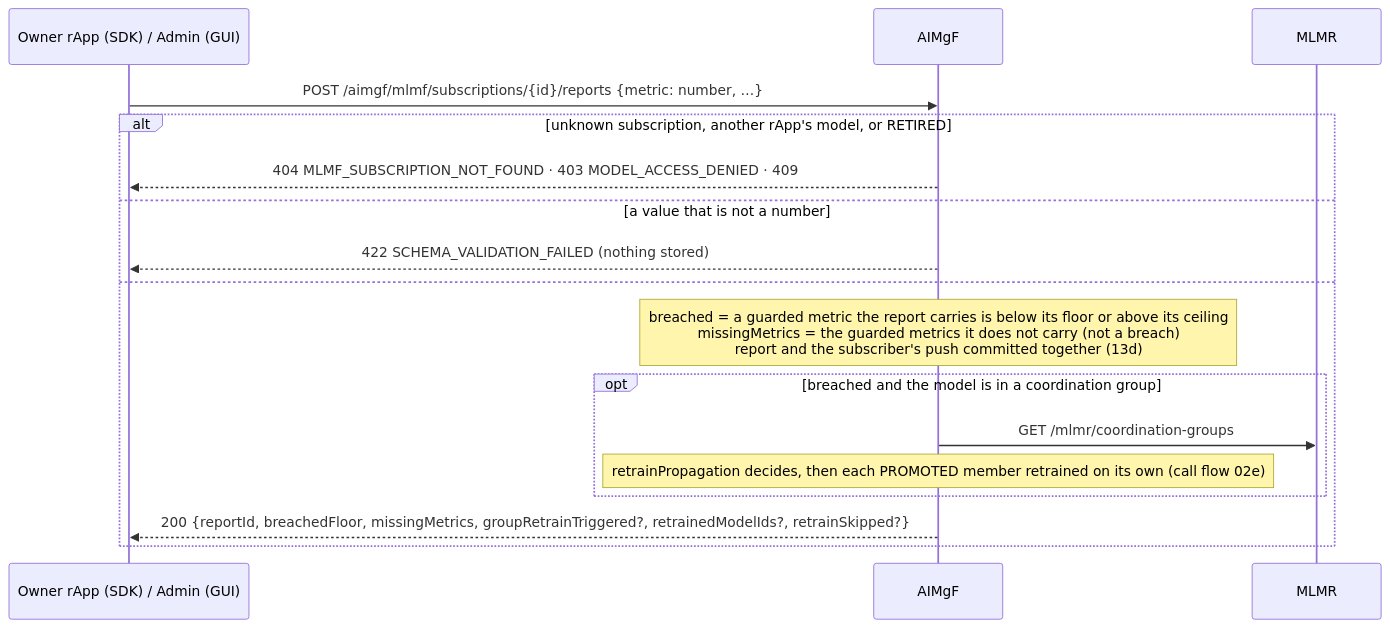
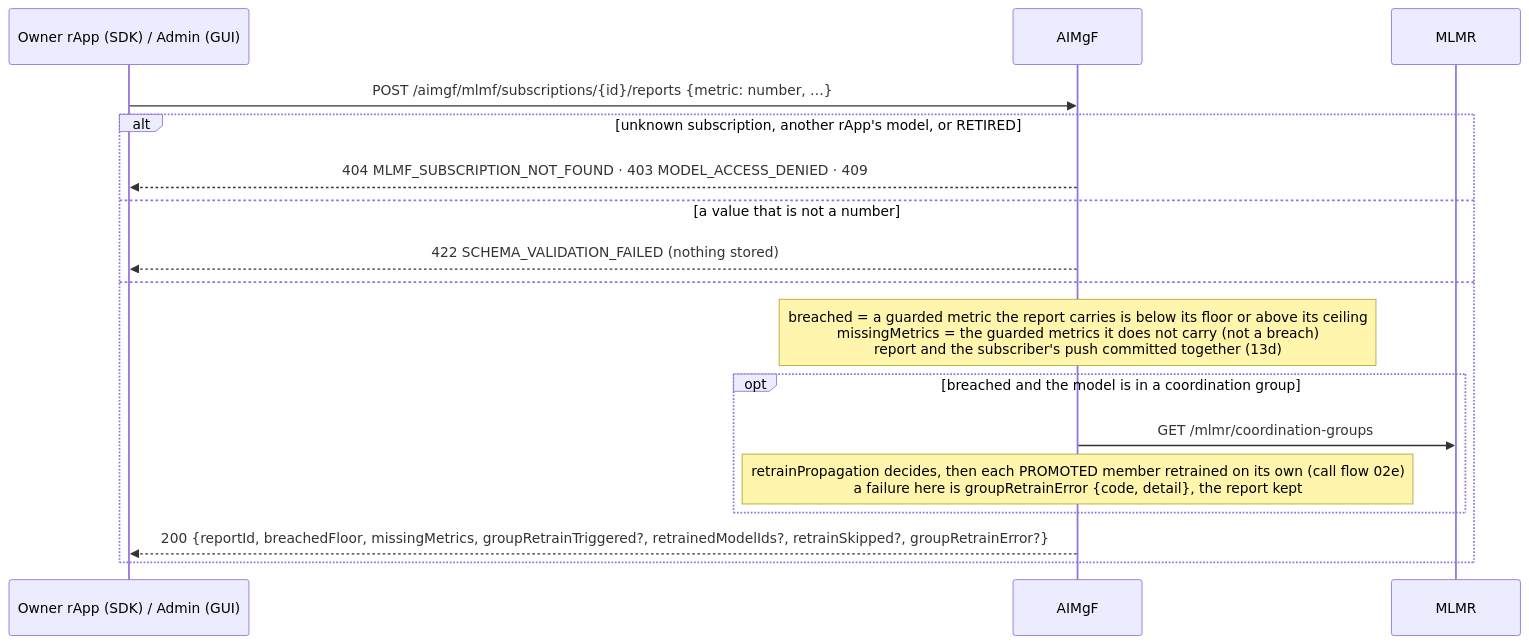
One commit to rsys-bshankar/ai-ran-smo changed the second of 4 diagrams in smo/docs/call-flows/13-mlmf-subscription-lifecycle.md. Above: the diagram before and after it, drawn with Mermaid. The commit also changed 15 other files, not shown here.

First line of the commit message:
AIMgF: a stored MLMF report answers 200 whatever its group retrain does (MLMF-REPORT-REPLAY)

````diff
--- a/smo/docs/call-flows/13-mlmf-subscription-lifecycle.md
+++ b/smo/docs/call-flows/13-mlmf-subscription-lifecycle.md
@@ -62,20 +62,20 @@
 ```mermaid
 sequenceDiagram
     participant P as Owner rApp (SDK) / Admin (GUI)
     participant AIM as AIMgF
     participant MLMR as MLMR
 
     P->>AIM: POST /aimgf/mlmf/subscriptions/{id}/reports {metric: number, …}
     alt unknown subscription, another rApp's model, or RETIRED
         AIM-->>P: 404 MLMF_SUBSCRIPTION_NOT_FOUND · 403 MODEL_ACCESS_DENIED · 409
     else a value that is not a number
         AIM-->>P: 422 SCHEMA_VALIDATION_FAILED (nothing stored)
     else
         Note over AIM: breached = a guarded metric the report carries is below its floor or above its ceiling<br/>missingMetrics = the guarded metrics it does not carry (not a breach)<br/>report and the subscriber's push committed together (13d)
         opt breached and the model is in a coordination group
             AIM->>MLMR: GET /mlmr/coordination-groups
-            Note over AIM: retrainPropagation decides, then each PROMOTED member retrained on its own (call flow 02e)
+            Note over AIM: retrainPropagation decides, then each PROMOTED member retrained on its own (call flow 02e)<br/>a failure here is groupRetrainError {code, detail}, the report kept
         end
-        AIM-->>P: 200 {reportId, breachedFloor, missingMetrics, groupRetrainTriggered?, retrainedModelIds?, retrainSkipped?}
+        AIM-->>P: 200 {reportId, breachedFloor, missingMetrics, groupRetrainTriggered?, retrainedModelIds?, retrainSkipped?, groupRetrainError?}
     end
 ```
````
